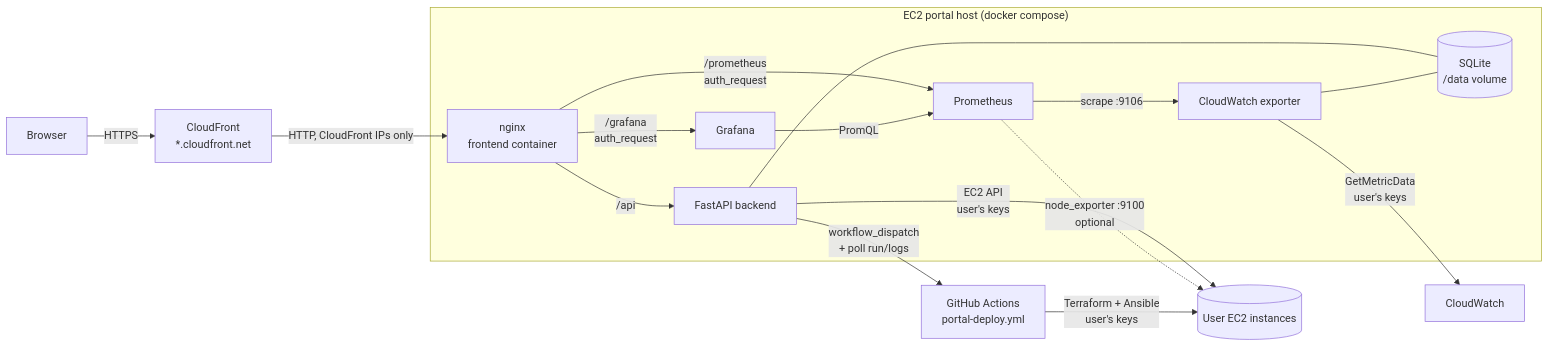
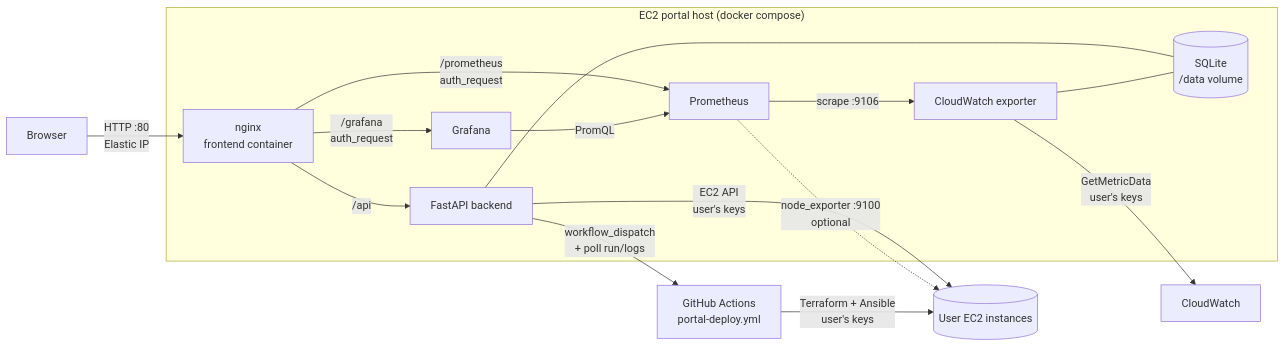
Before and after one commit to ECD2026/control_tower: the first of 5 diagrams in docs/architecture.md, drawn with Mermaid. The commit also changed other lines of this file and 6 other files, not shown here.

Commit message:
Refactor DevOps portal configuration to use Elastic IP instead of CloudFront; update documentation and security group settings for plain HTTP access

````diff
--- a/docs/architecture.md
+++ b/docs/architecture.md
@@ -29,27 +29,26 @@
 ```mermaid
 flowchart LR
-    U[Browser] -- HTTPS --> CF[CloudFront<br/>*.cloudfront.net]
-    CF -- HTTP, CloudFront IPs only --> NG
+    U[Browser] -- HTTP :80<br/>Elastic IP --> NG
 
     subgraph HOST["EC2 portal host (docker compose)"]
         NG[nginx<br/>frontend container]
         BE[FastAPI backend]
         EX[CloudWatch exporter]
         PR[Prometheus]
         GR[Grafana]
         DB[(SQLite<br/>/data volume)]
         NG -- /api --> BE
         NG -- /grafana<br/>auth_request --> GR
         NG -- /prometheus<br/>auth_request --> PR
         BE --- DB
         EX --- DB
         PR -- scrape :9106 --> EX
         GR -- PromQL --> PR
     end
 
     BE -- workflow_dispatch<br/>+ poll run/logs --> GH[GitHub Actions<br/>portal-deploy.yml]
     GH -- Terraform + Ansible<br/>user's keys --> EC2[(User EC2 instances)]
     BE -- EC2 API<br/>user's keys --> EC2
     EX -- GetMetricData<br/>user's keys --> CW[CloudWatch]
     PR -. node_exporter :9100<br/>optional .-> EC2
 ```
````
